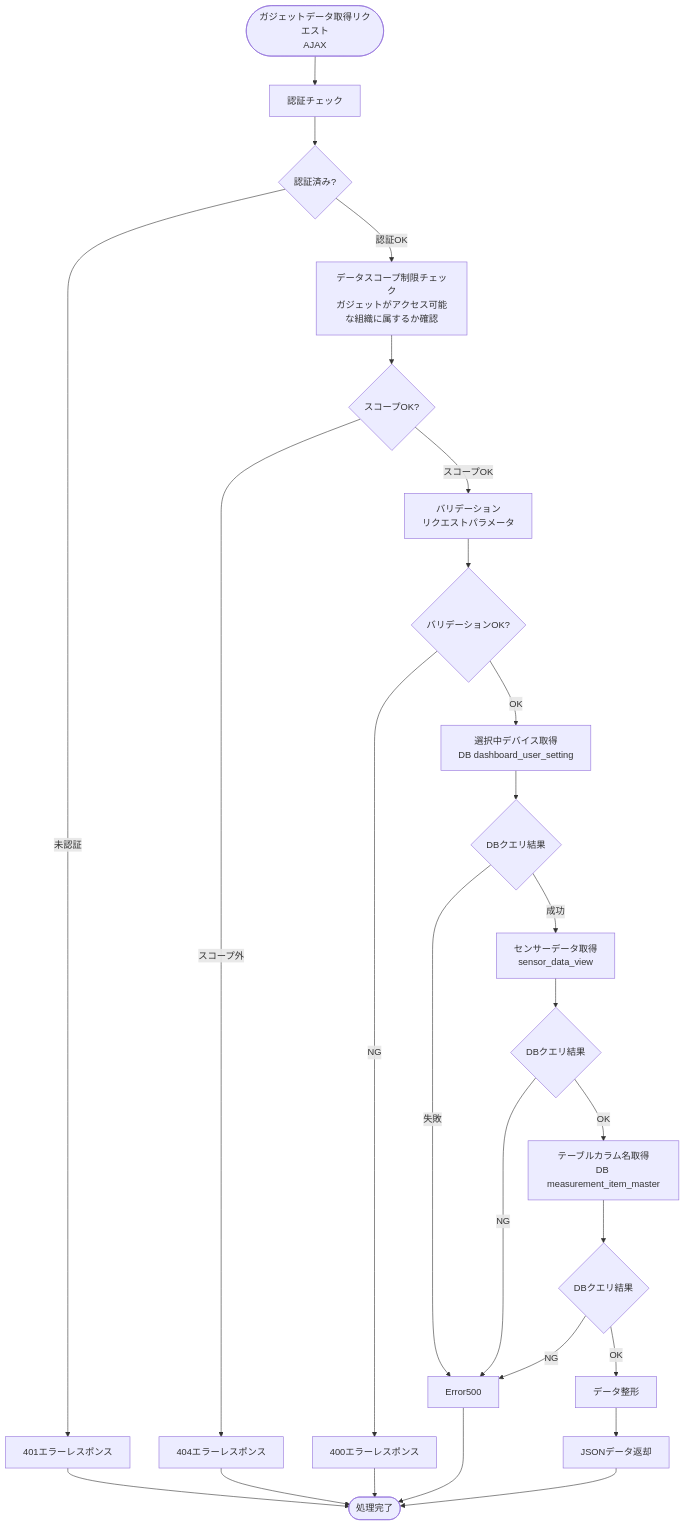
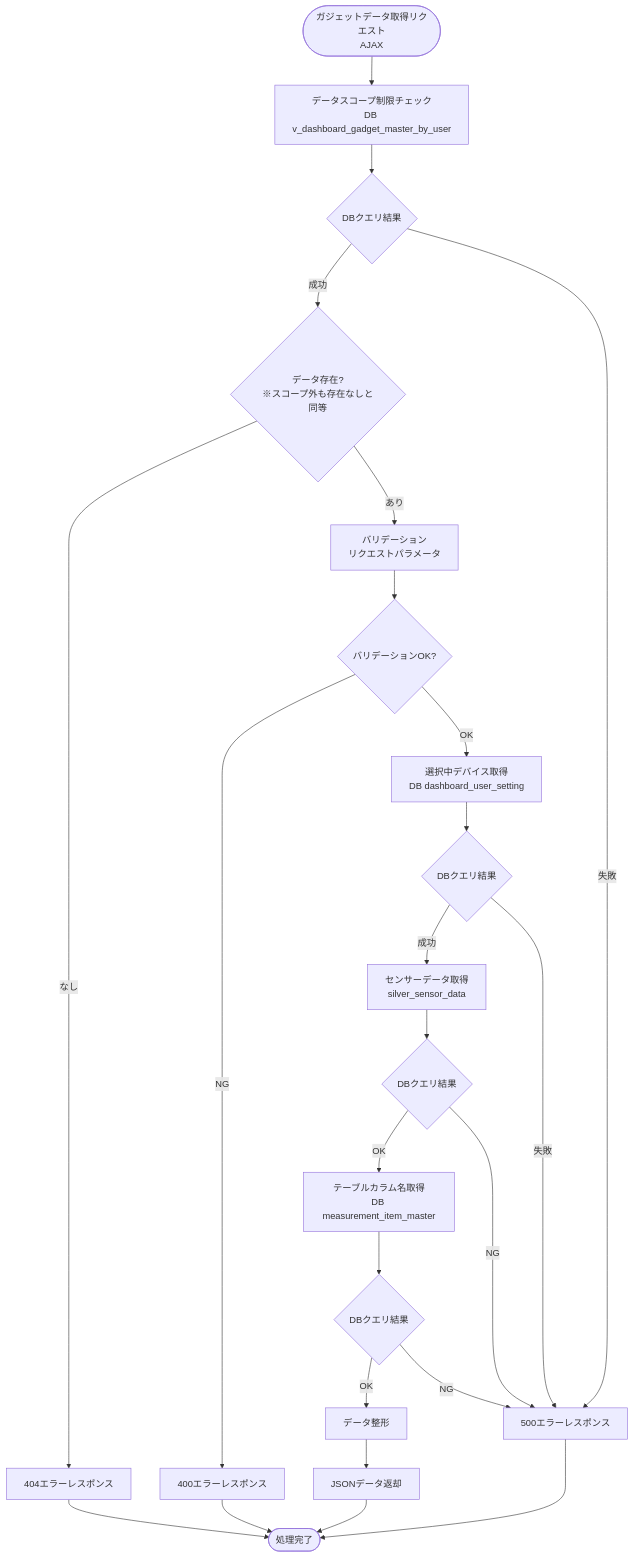
One commit to NSW-SVCP-AIWG002/Databricks-IoT changed the first of 5 diagrams in docs/03-features/flask-app/customer-dashboard/grid/workflow-specification.md. Above: the diagram before and after it, drawn with Mermaid. The commit also changed other lines of this file and 3 other files, not shown here.

````diff
--- a/docs/03-features/flask-app/customer-dashboard/grid/workflow-specification.md
+++ b/docs/03-features/flask-app/customer-dashboard/grid/workflow-specification.md
@@ -171,35 +170,34 @@
 ```mermaid
 flowchart TD
-    Start([ガジェットデータ取得リクエスト<br>AJAX]) --> Auth[認証チェック]
-    Auth --> CheckAuth{認証済み?}
-    CheckAuth -->|未認証| Error401[401エラーレスポンス]
-    CheckAuth -->|認証OK| Scope[データスコープ制限チェック<br>ガジェットがアクセス可能な組織に属するか確認]
+    Start([ガジェットデータ取得リクエスト<br>AJAX]) --> Scope[データスコープ制限チェック<br>DB v_dashboard_gadget_master_by_user]
 
-    Scope --> CheckScope{スコープOK?}
-    CheckScope -->|スコープ外| Error404[404エラーレスポンス]
-    CheckScope -->|スコープOK| Validate[バリデーション<br>リクエストパラメータ]
+    Scope --> CheckGetConfig{DBクエリ結果}
+    CheckGetConfig -->|成功| CheckConfig{データ存在?<br>※スコープ外も存在なしと同等}
+    CheckGetConfig -->|失敗| Error500[500エラーレスポンス]
+
+    CheckConfig -->|なし| Error404[404エラーレスポンス]
+    CheckConfig -->|あり| Validate[バリデーション<br>リクエストパラメータ]
 
     Validate --> CheckValidate{バリデーションOK?}
     CheckValidate -->|NG| Error400[400エラーレスポンス]
     CheckValidate -->|OK| DeviceQuery[選択中デバイス取得<br>DB dashboard_user_setting]
 
     DeviceQuery --> CheckDeviceQuery{DBクエリ結果}
+    CheckDeviceQuery -->|成功| SilverQuery[センサーデータ取得<br>silver_sensor_data]
     CheckDeviceQuery -->|失敗| Error500
-    CheckDeviceQuery -->|成功| SilverQuery[センサーデータ取得<br>sensor_data_view]
 
     SilverQuery --> CheckSilverQuery{DBクエリ結果}
+    CheckSilverQuery -->|OK| ColumnNameQuery[テーブルカラム名取得<br>DB measurement_item_master]
     CheckSilverQuery -->|NG| Error500
-    CheckSilverQuery -->|OK| ColumnNameQuery[テーブルカラム名取得<br>DB measurement_item_master]
 
     ColumnNameQuery --> CheckColumnNameQuery{DBクエリ結果}
+    CheckColumnNameQuery -->|OK| Format[データ整形]
     CheckColumnNameQuery -->|NG| Error500
-    CheckColumnNameQuery -->|OK| Format[データ整形]
 
     Format --> ReturnData[JSONデータ返却]
 
-    Error401 --> End([処理完了])
+    ReturnData --> End([処理完了])
+    Error400 --> End
     Error404 --> End
-    Error400 --> End
     Error500 --> End
-    ReturnData --> End
 ```
````
